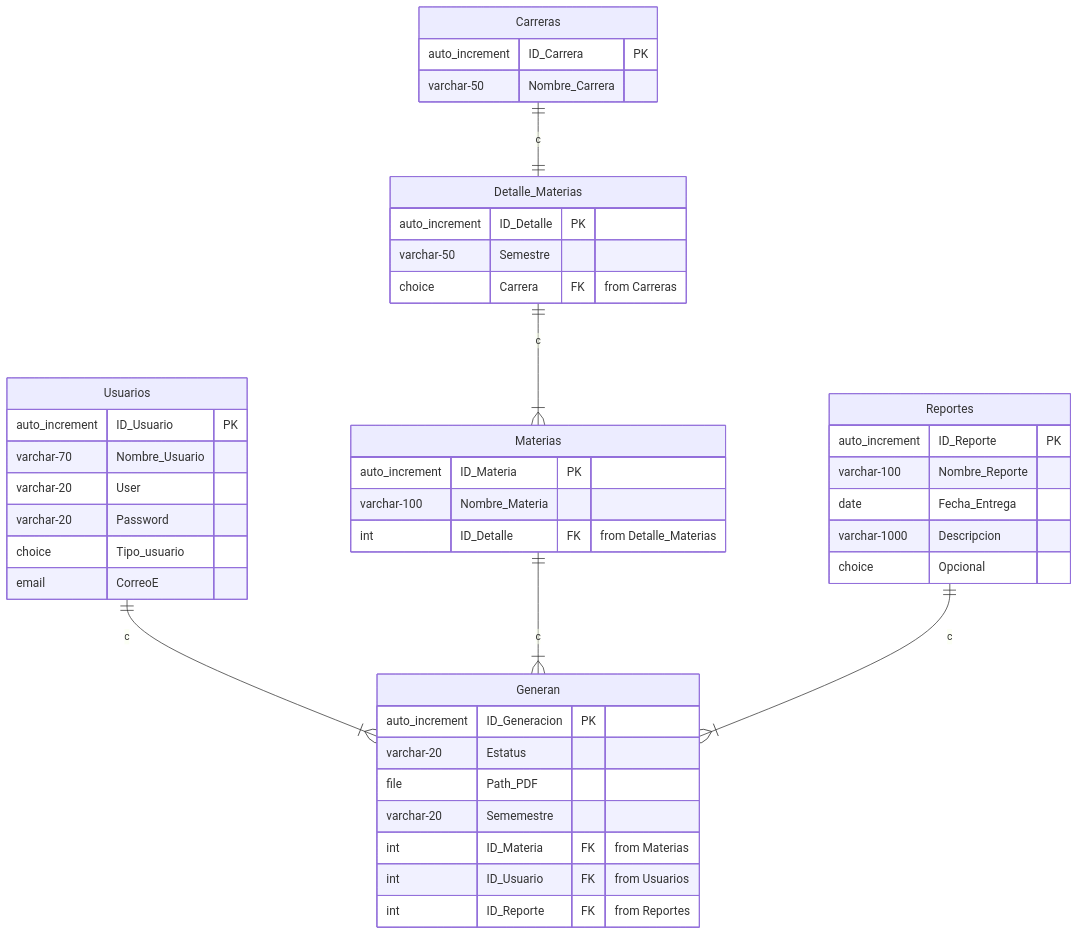
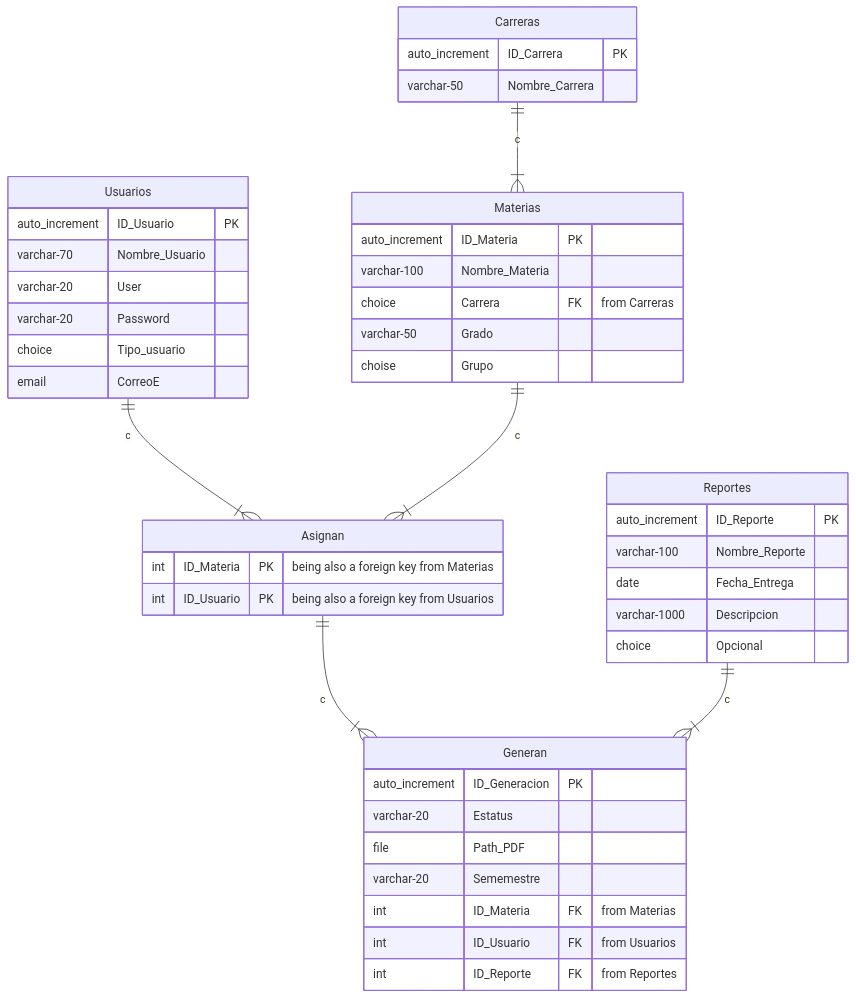
The diagram in DatabaseDoc/Diagramas/DB erDiagram.mmd (VRVG1/SGC), drawn with Mermaid before and after one commit.

Commit message:
Modelos en DJANGO, checar el TODO

```diff
--- a/DatabaseDoc/Diagramas/DB erDiagram.mmd
+++ b/DatabaseDoc/Diagramas/DB erDiagram.mmd
@@ -1,52 +1,55 @@
 erDiagram
 
 Usuarios {
     auto_increment ID_Usuario PK
     varchar-70 Nombre_Usuario
     varchar-20 User
     varchar-20 Password
     choice Tipo_usuario
     email CorreoE
 }
 
 Reportes {
     auto_increment ID_Reporte PK
     varchar-100 Nombre_Reporte
     date Fecha_Entrega
     varchar-1000 Descripcion
     choice Opcional
 } 
 
 Materias {
     auto_increment ID_Materia PK
-    varchar-100 Nombre_Materia
-    int ID_Detalle FK "from Detalle_Materias"
+    varchar-100 Nombre_Materia    
+    choice Carrera FK "from Carreras"
+    varchar-50 Grado
+    choise Grupo
 }
 
-Detalle_Materias{
-    auto_increment ID_Detalle PK
-    varchar-50 Semestre
-    choice Carrera FK "from Carreras"
-}
 
 Generan {
     auto_increment ID_Generacion PK
     varchar-20 Estatus
     file Path_PDF
     varchar-20 Sememestre
     int ID_Materia FK "from Materias"
     int ID_Usuario FK "from Usuarios"
     int ID_Reporte FK "from Reportes"
 }
 
 Carreras {
     auto_increment ID_Carrera PK
     varchar-50 Nombre_Carrera
 }
 
+Asignan {
+    int ID_Materia PK "being also a foreign key from Materias"
+    int ID_Usuario PK "being also a foreign key from Usuarios"
+}
 
-Usuarios ||--|{ Generan: c 
-Materias ||--|{ Generan: c 
+
+
+Usuarios ||--|{ Asignan: c 
+Materias ||--|{ Asignan: c 
+Asignan ||-- |{ Generan: c
 Reportes ||--|{ Generan: c
-Detalle_Materias ||--|{ Materias: c
-Carreras ||--|| Detalle_Materias: c
+Carreras||--|{ Materias: c
```
